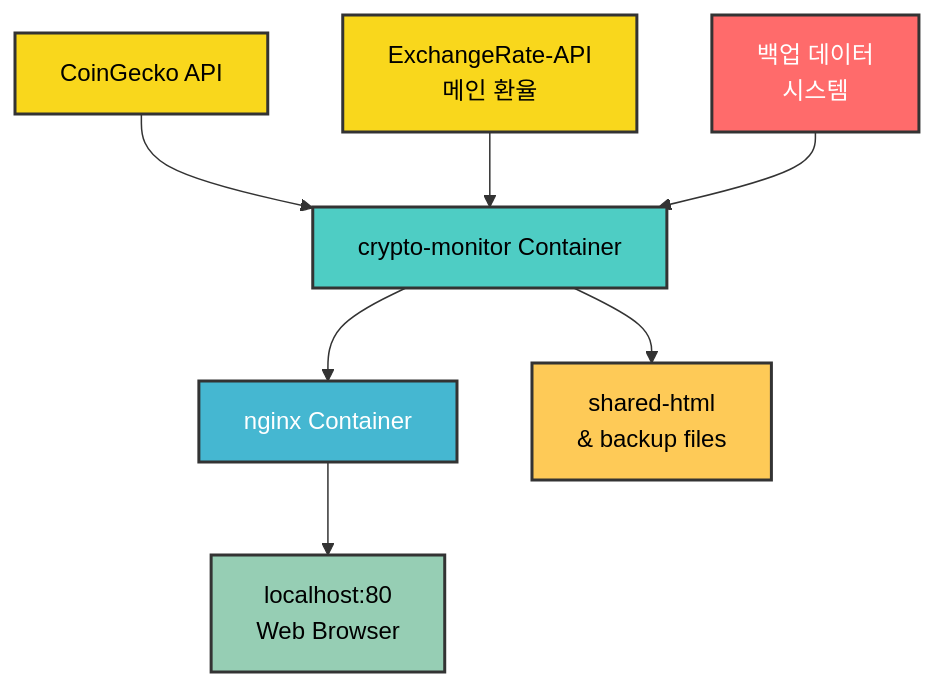
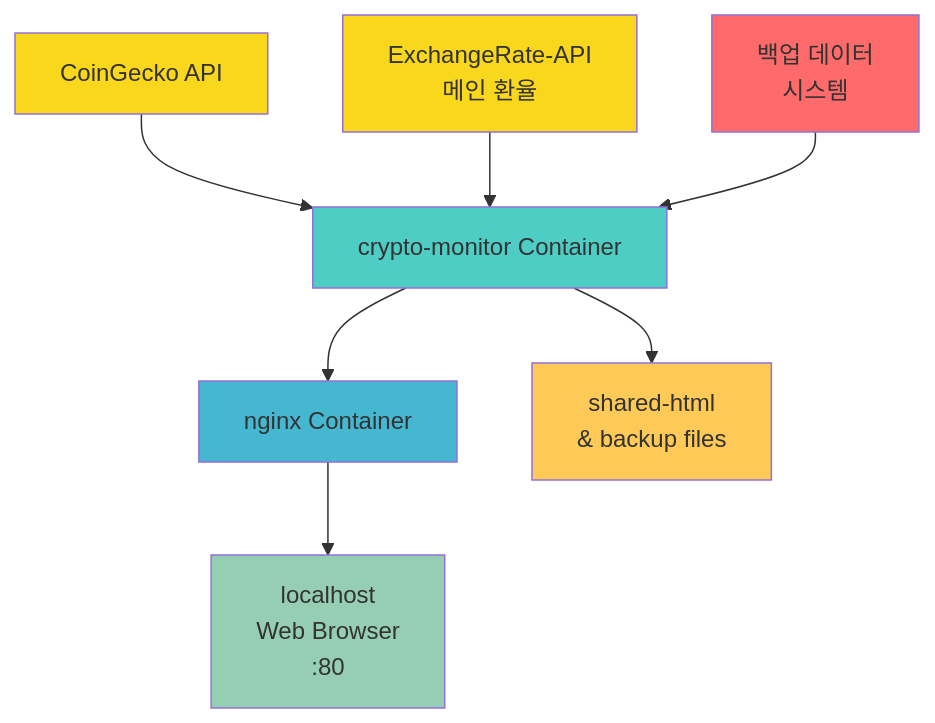
One commit to DongjuLee0528/realtime-crypto-dashboard changed the first of 2 diagrams in README.md. Above: the diagram before and after it, drawn with Mermaid. The commit also changed other lines of this file and 1 other file, not shown here.

````diff
--- a/README.md
+++ b/README.md
@@ -26,17 +26,17 @@
 ```mermaid
 graph TD
     A[CoinGecko API] --> D[crypto-monitor Container]
     B[ExchangeRate-API<br/>메인 환율] --> D
     C[백업 데이터<br/>시스템] --> D
     D --> E[nginx Container]
-    E --> F[localhost:80<br/>Web Browser]
+    E --> F[localhost<br/>Web Browser<br/>:80]
     D --> G[shared-html<br/>& backup files]
     
-    style A fill:#f9d71c,stroke:#333,stroke-width:2px,color:#000
-    style B fill:#f9d71c,stroke:#333,stroke-width:2px,color:#000
-    style C fill:#ff6b6b,stroke:#333,stroke-width:2px,color:#fff
-    style D fill:#4ecdc4,stroke:#333,stroke-width:2px,color:#000
-    style E fill:#45b7d1,stroke:#333,stroke-width:2px,color:#fff
-    style F fill:#96ceb4,stroke:#333,stroke-width:2px,color:#000
-    style G fill:#feca57,stroke:#333,stroke-width:2px,color:#000
+    style A fill:#f9d71c
+    style B fill:#f9d71c  
+    style C fill:#ff6b6b
+    style D fill:#4ecdc4
+    style E fill:#45b7d1
+    style F fill:#96ceb4
+    style G fill:#feca57
 ```
````
